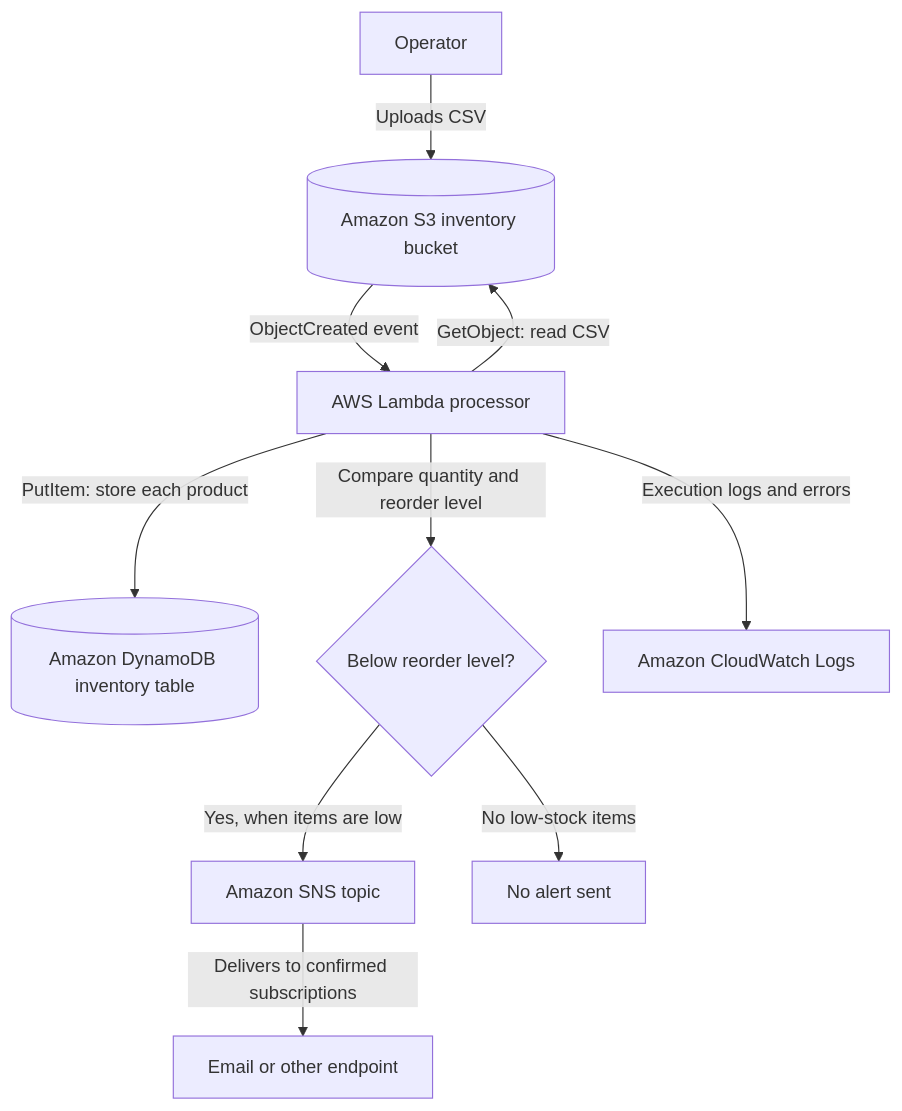
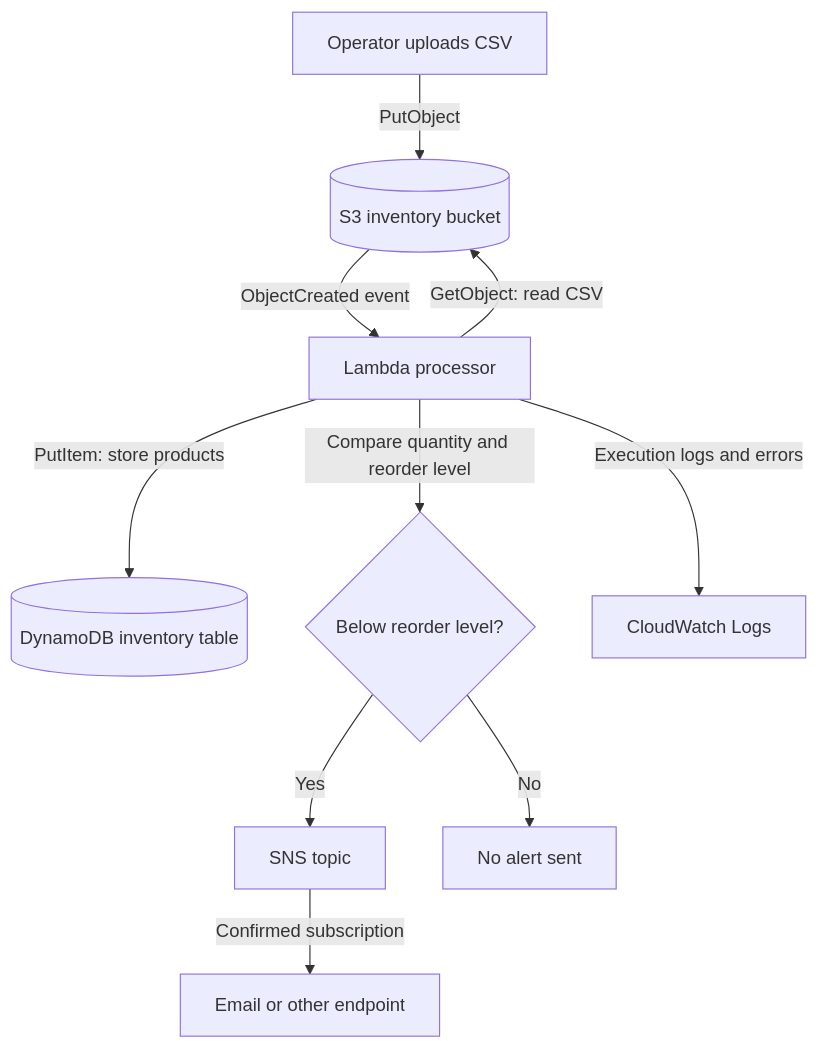
Before and after one commit to ankit-o9/serverless-inventory: the diagram in README.md, drawn with Mermaid. The commit also changed other lines of this file, not shown here.

````diff
--- a/README.md
+++ b/README.md
@@ -7,12 +7,12 @@
 ```mermaid
 flowchart TD
-    Operator[Operator] -->|Uploads CSV| S3[(Amazon S3 inventory bucket)]
-    S3 -->|ObjectCreated event| Lambda[AWS Lambda processor]
-    Lambda -->|GetObject: read CSV| S3
-    Lambda -->|PutItem: store each product| DDB[(Amazon DynamoDB inventory table)]
-    Lambda -->|Compare quantity and reorder level| Check{Below reorder level?}
-    Check -->|Yes, when items are low| SNS[Amazon SNS topic]
-    SNS -->|Delivers to confirmed subscriptions| Subscriber[Email or other endpoint]
-    Check -->|No low-stock items| Done[No alert sent]
-    Lambda -->|Execution logs and errors| CW[Amazon CloudWatch Logs]
+  Operator[Operator uploads CSV] -->|PutObject| S3[(S3 inventory bucket)]
+  S3 -->|ObjectCreated event| Lambda[Lambda processor]
+  Lambda -->|GetObject: read CSV| S3
+  Lambda -->|PutItem: store products| DDB[(DynamoDB inventory table)]
+  Lambda -->|Compare quantity and reorder level| Check{Below reorder level?}
+  Check -->|Yes| SNS[SNS topic]
+  SNS -->|Confirmed subscription| Subscriber[Email or other endpoint]
+  Check -->|No| Done[No alert sent]
+  Lambda -->|Execution logs and errors| CW[CloudWatch Logs]
 ```
````
